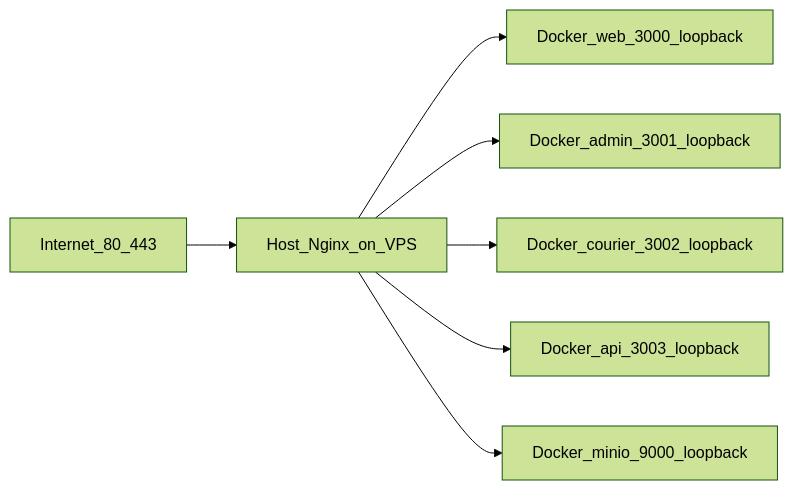
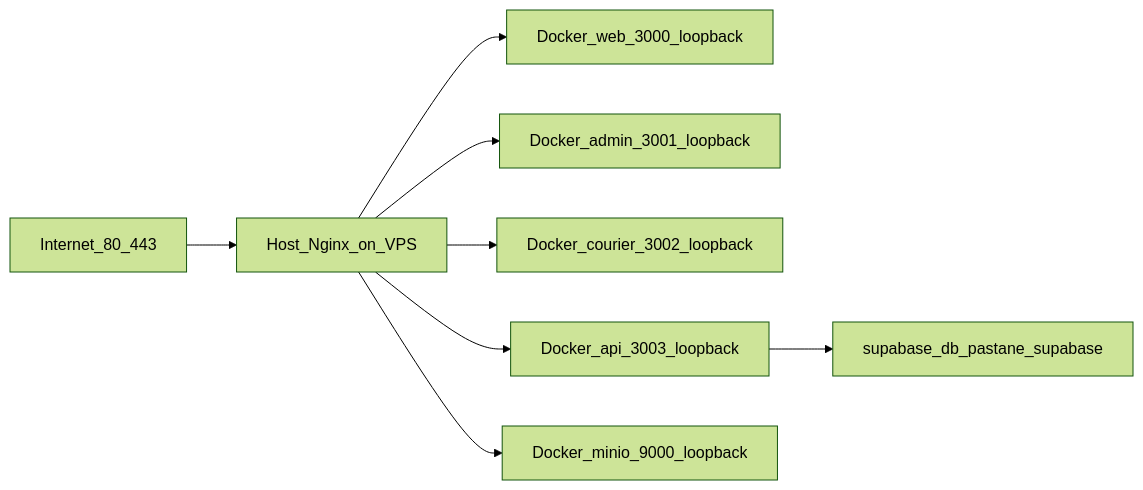
Before and after one commit to firatemu/Pastane: the diagram in docs/OPERATIONS.md, drawn with Mermaid (forest theme). The commit also changed other lines of this file and 572 other files, not shown here.

Commit message:
chore(deploy): stabilize supabase production deploy flow

````diff
--- a/docs/OPERATIONS.md
+++ b/docs/OPERATIONS.md
@@ -5,16 +5,18 @@
 ```mermaid
 flowchart LR
   internet[Internet_80_443]
   nginx[Host_Nginx_on_VPS]
   web[Docker_web_3000_loopback]
   admin[Docker_admin_3001_loopback]
   courier[Docker_courier_3002_loopback]
   api[Docker_api_3003_loopback]
   minio[Docker_minio_9000_loopback]
+  supadb[supabase_db_pastane_supabase]
   internet --> nginx
   nginx --> web
   nginx --> admin
   nginx --> courier
   nginx --> api
   nginx --> minio
+  api --> supadb
 ```
````
